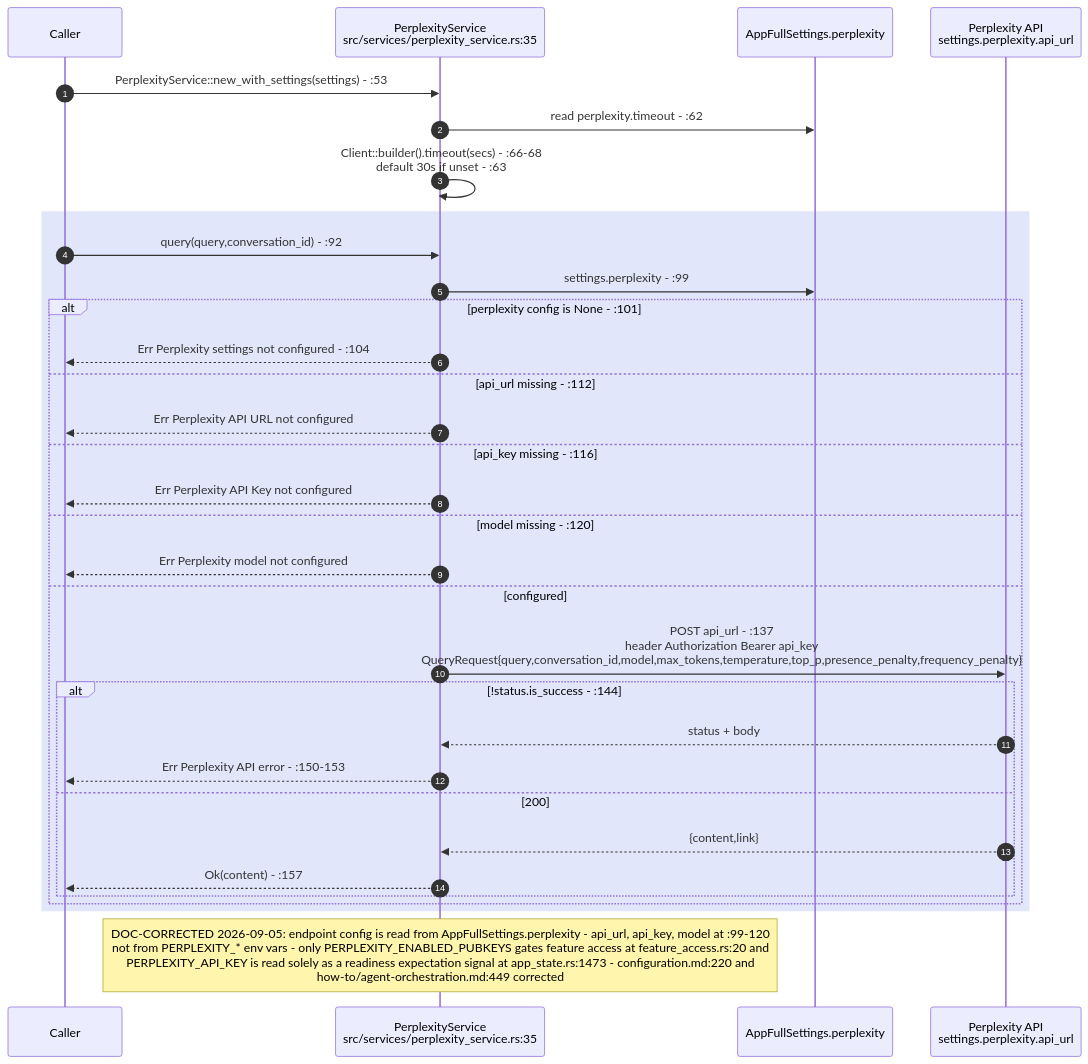
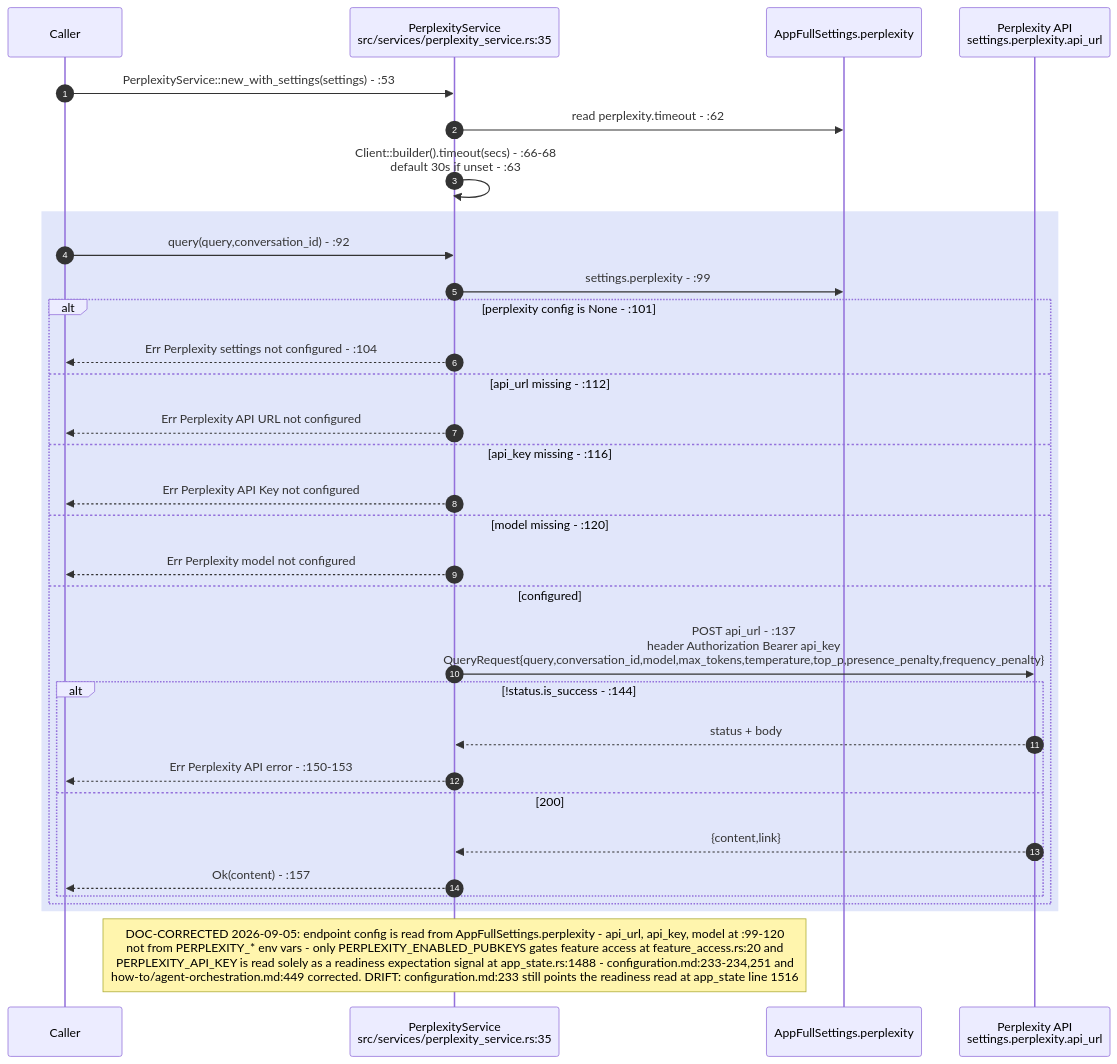
The third of 8 diagrams in docs/diagrams/visionclaw/28-external-services.md (DreamLab-AI/VisionFlow), drawn with Mermaid before and after one commit. The commit also changed other lines of this file and 173 other files, not shown here.

````diff
--- a/docs/diagrams/visionclaw/28-external-services.md
+++ b/docs/diagrams/visionclaw/28-external-services.md
@@ -137,36 +141,36 @@
 ```mermaid
 sequenceDiagram
     autonumber
     participant Caller
     participant PS as PerplexityService<br/>src/services/perplexity_service.rs:35
     participant SET as AppFullSettings.perplexity
     participant PX as Perplexity API<br/>settings.perplexity.api_url
 
     Caller->>PS: PerplexityService::new_with_settings(settings) - :53
     PS->>SET: read perplexity.timeout - :62
     PS->>PS: Client::builder().timeout(secs) - :66-68<br/>default 30s if unset - :63
 
     rect rgb(225,230,250)
     Caller->>PS: query(query,conversation_id) - :92
     PS->>SET: settings.perplexity - :99
     alt perplexity config is None - :101
         PS-->>Caller: Err Perplexity settings not configured - :104
     else api_url missing - :112
         PS-->>Caller: Err Perplexity API URL not configured
     else api_key missing - :116
         PS-->>Caller: Err Perplexity API Key not configured
     else model missing - :120
         PS-->>Caller: Err Perplexity model not configured
     else configured
         PS->>PX: POST api_url - :137<br/>header Authorization Bearer api_key<br/>QueryRequest{query,conversation_id,model,max_tokens,temperature,top_p,presence_penalty,frequency_penalty}
         alt !status.is_success - :144
             PX-->>PS: status + body
             PS-->>Caller: Err Perplexity API error - :150-153
         else 200
             PX-->>PS: {content,link}
             PS-->>Caller: Ok(content) - :157
         end
     end
     end
-    Note over PS: DOC-CORRECTED 2026-09-05: endpoint config is read from AppFullSettings.perplexity - api_url, api_key, model at :99-120<br/>not from PERPLEXITY_* env vars - only PERPLEXITY_ENABLED_PUBKEYS gates feature access at feature_access.rs:20 and<br/>PERPLEXITY_API_KEY is read solely as a readiness expectation signal at app_state.rs:1473 - configuration.md:220 and<br/>how-to/agent-orchestration.md:449 corrected
+    Note over PS: DOC-CORRECTED 2026-09-05: endpoint config is read from AppFullSettings.perplexity - api_url, api_key, model at :99-120<br/>not from PERPLEXITY_* env vars - only PERPLEXITY_ENABLED_PUBKEYS gates feature access at feature_access.rs:20 and<br/>PERPLEXITY_API_KEY is read solely as a readiness expectation signal at app_state.rs:1488 - configuration.md:233-234,251 and<br/>how-to/agent-orchestration.md:449 corrected. DRIFT: configuration.md:233 still points the readiness read at app_state line 1516
 ```
````
